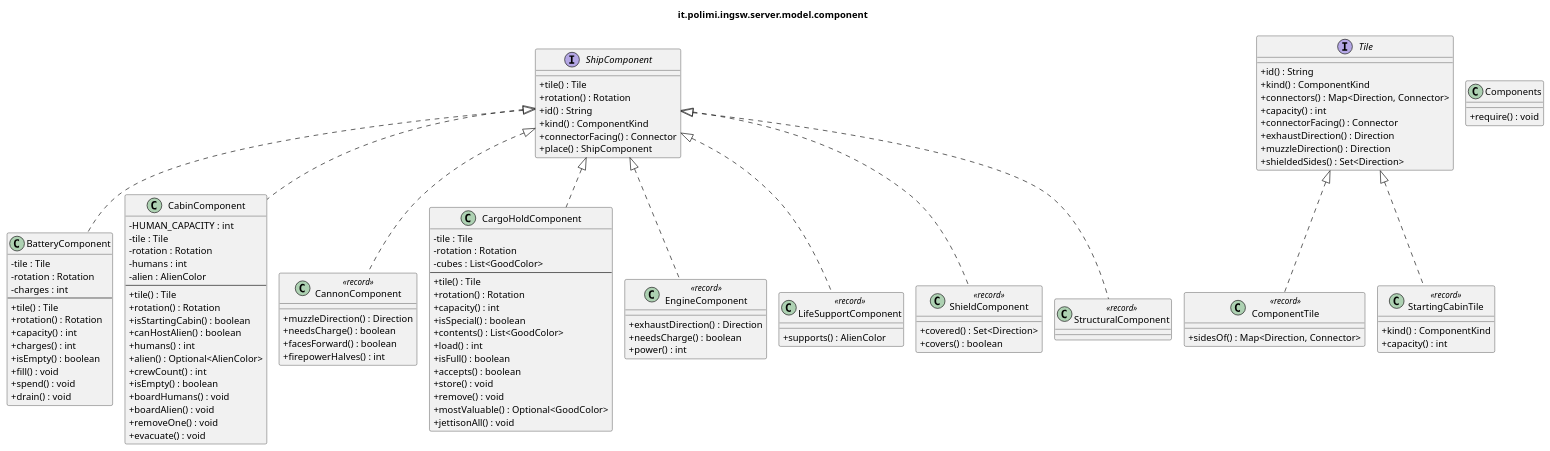
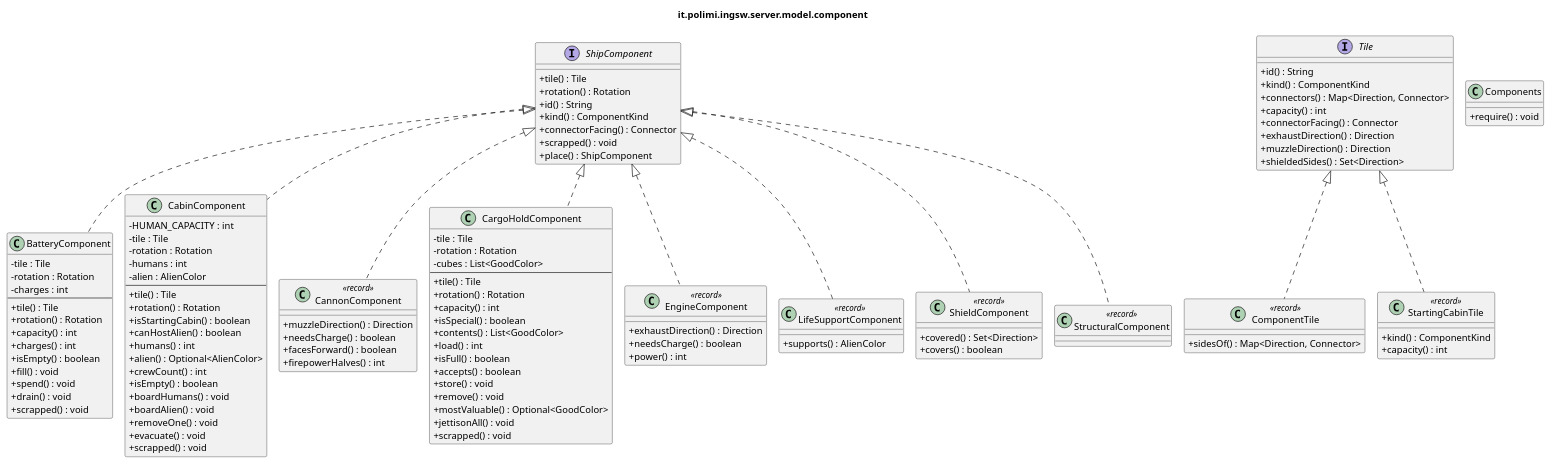
The diagram in docs/uml/detailed/server-model-component.puml (samuelesegrini/ing-sw-2025-segrini-terribile-varricchio-zanca), drawn with PlantUML before and after one commit. The commit also changed 6 other files, not shown here.

```diff
--- a/docs/uml/detailed/server-model-component.puml
+++ b/docs/uml/detailed/server-model-component.puml
@@ -1,119 +1,123 @@
 @startuml it_polimi_ingsw_server_model_component
 ' Generated by tools/uml/generate-detailed.py. Do not edit by hand.
 !pragma layout smetana
 skinparam shadowing false
 skinparam classAttributeIconSize 0
 title it.polimi.ingsw.server.model.component
 
 class BatteryComponent {
   -tile : Tile
   -rotation : Rotation
   -charges : int
   --
   +tile() : Tile
   +rotation() : Rotation
   +capacity() : int
   +charges() : int
   +isEmpty() : boolean
   +fill() : void
   +spend() : void
   +drain() : void
+  +scrapped() : void
 }
 class CabinComponent {
   -HUMAN_CAPACITY : int
   -tile : Tile
   -rotation : Rotation
   -humans : int
   -alien : AlienColor
   --
   +tile() : Tile
   +rotation() : Rotation
   +isStartingCabin() : boolean
   +canHostAlien() : boolean
   +humans() : int
   +alien() : Optional<AlienColor>
   +crewCount() : int
   +isEmpty() : boolean
   +boardHumans() : void
   +boardAlien() : void
   +removeOne() : void
   +evacuate() : void
+  +scrapped() : void
 }
 class CannonComponent <<record>> {
   +muzzleDirection() : Direction
   +needsCharge() : boolean
   +facesForward() : boolean
   +firepowerHalves() : int
 }
 class CargoHoldComponent {
   -tile : Tile
   -rotation : Rotation
   -cubes : List<GoodColor>
   --
   +tile() : Tile
   +rotation() : Rotation
   +capacity() : int
   +isSpecial() : boolean
   +contents() : List<GoodColor>
   +load() : int
   +isFull() : boolean
   +accepts() : boolean
   +store() : void
   +remove() : void
   +mostValuable() : Optional<GoodColor>
   +jettisonAll() : void
+  +scrapped() : void
 }
 class ComponentTile <<record>> {
   +sidesOf() : Map<Direction, Connector>
 }
 class Components {
   +require() : void
 }
 class EngineComponent <<record>> {
   +exhaustDirection() : Direction
   +needsCharge() : boolean
   +power() : int
 }
 class LifeSupportComponent <<record>> {
   +supports() : AlienColor
 }
 class ShieldComponent <<record>> {
   +covered() : Set<Direction>
   +covers() : boolean
 }
 interface ShipComponent {
   +tile() : Tile
   +rotation() : Rotation
   +id() : String
   +kind() : ComponentKind
   +connectorFacing() : Connector
+  +scrapped() : void
   +place() : ShipComponent
 }
 class StartingCabinTile <<record>> {
   +kind() : ComponentKind
   +capacity() : int
 }
 class StructuralComponent <<record>> {
 }
 interface Tile {
   +id() : String
   +kind() : ComponentKind
   +connectors() : Map<Direction, Connector>
   +capacity() : int
   +connectorFacing() : Connector
   +exhaustDirection() : Direction
   +muzzleDirection() : Direction
   +shieldedSides() : Set<Direction>
 }
 
 ShipComponent <|.. BatteryComponent
 ShipComponent <|.. CabinComponent
 ShipComponent <|.. CannonComponent
 ShipComponent <|.. CargoHoldComponent
 Tile <|.. ComponentTile
 ShipComponent <|.. EngineComponent
 ShipComponent <|.. LifeSupportComponent
 ShipComponent <|.. ShieldComponent
 Tile <|.. StartingCabinTile
 ShipComponent <|.. StructuralComponent
 @enduml
```
